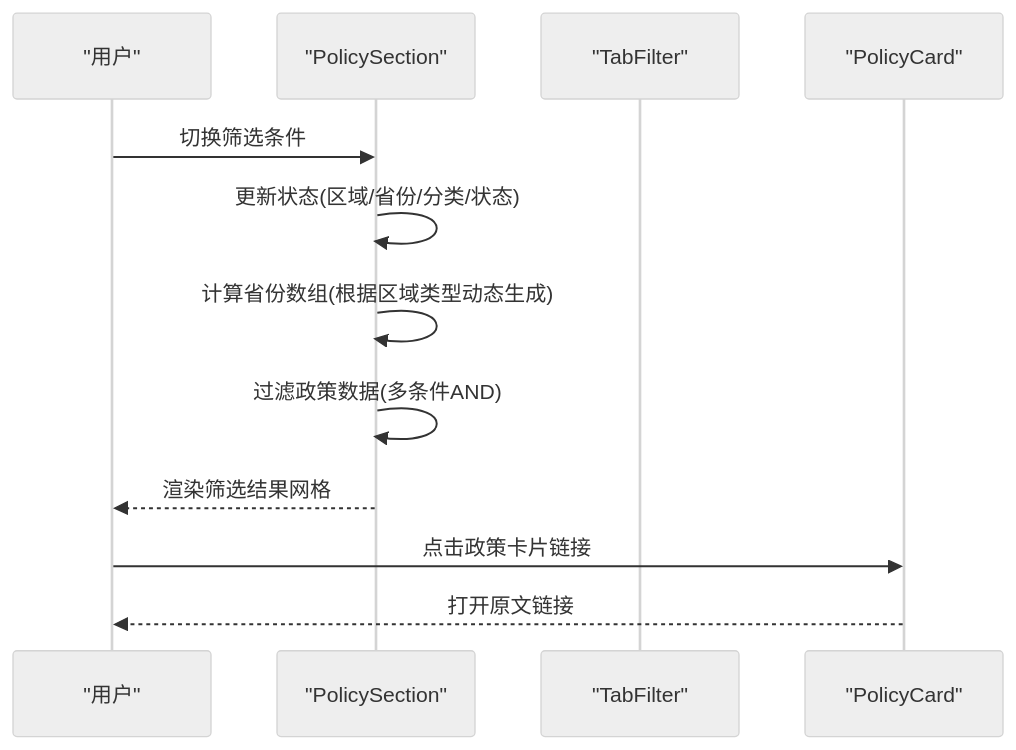
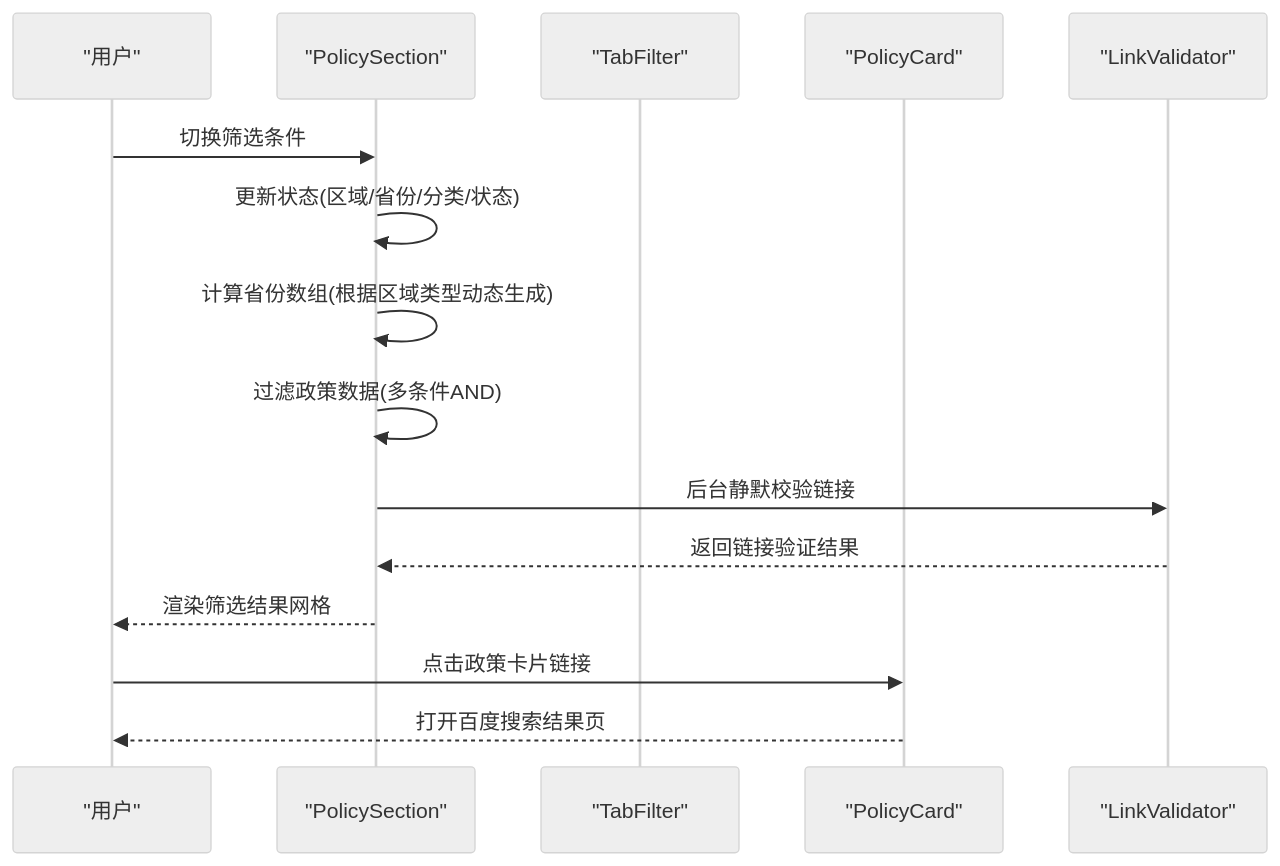
One commit to liangxuanliang-cmd/carbon-info-agent changed the second of 12 diagrams in .qoder/repowiki/zh/content/功能模块/政策信息模块.md. Above: the diagram before and after it, drawn with Mermaid (neutral theme). The commit also changed other lines of this file and 6 other files, not shown here.

````diff
--- a/.qoder/repowiki/zh/content/功能模块/政策信息模块.md
+++ b/.qoder/repowiki/zh/content/功能模块/政策信息模块.md
@@ -104,14 +126,17 @@
 ```mermaid
 sequenceDiagram
 participant U as "用户"
 participant PS as "PolicySection"
 participant TF as "TabFilter"
 participant PC as "PolicyCard"
+participant LV as "LinkValidator"
 U->>PS : 切换筛选条件
 PS->>PS : 更新状态(区域/省份/分类/状态)
 PS->>PS : 计算省份数组(根据区域类型动态生成)
 PS->>PS : 过滤政策数据(多条件AND)
+PS->>LV : 后台静默校验链接
+LV-->>PS : 返回链接验证结果
 PS-->>U : 渲染筛选结果网格
 U->>PC : 点击政策卡片链接
-PC-->>U : 打开原文链接
+PC-->>U : 打开百度搜索结果页
 ```
````
